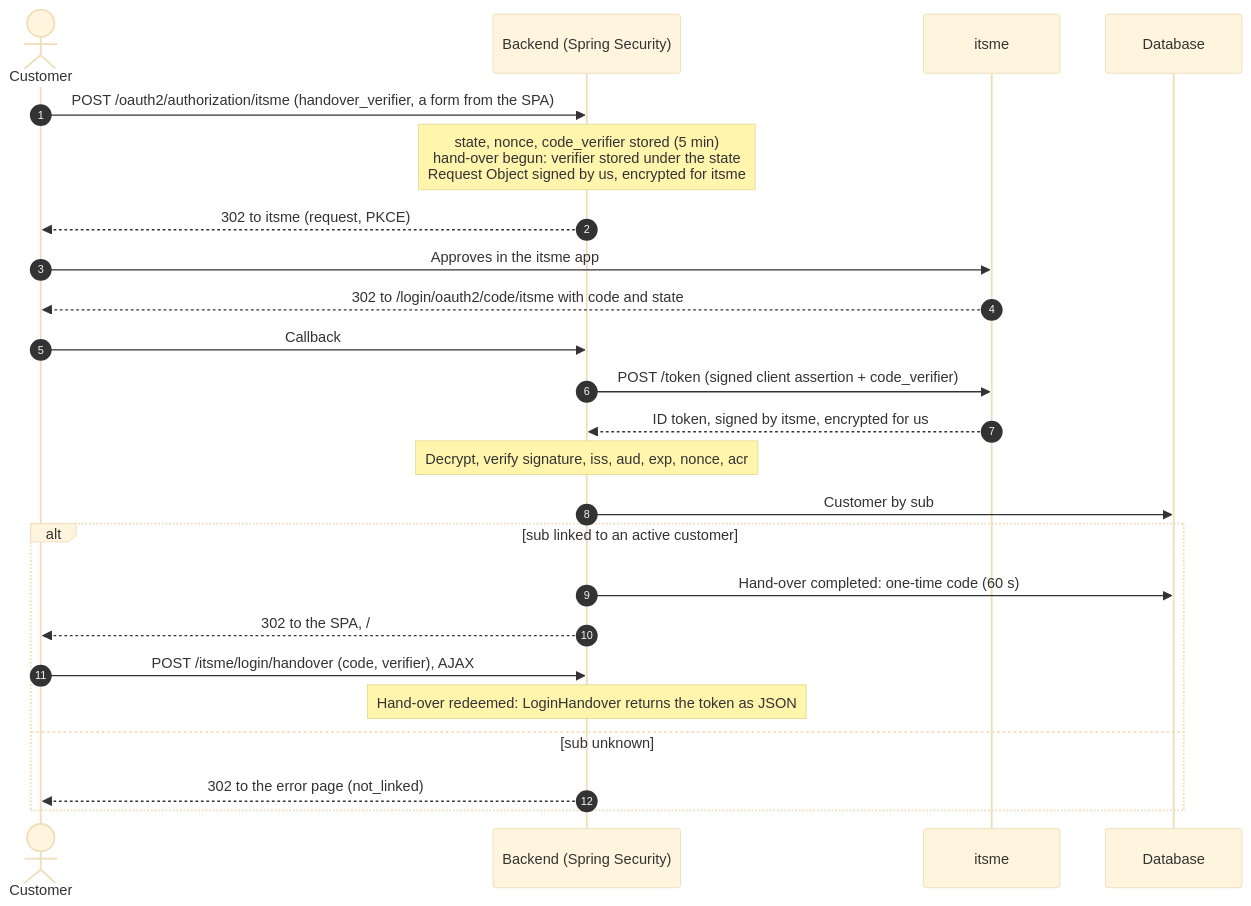
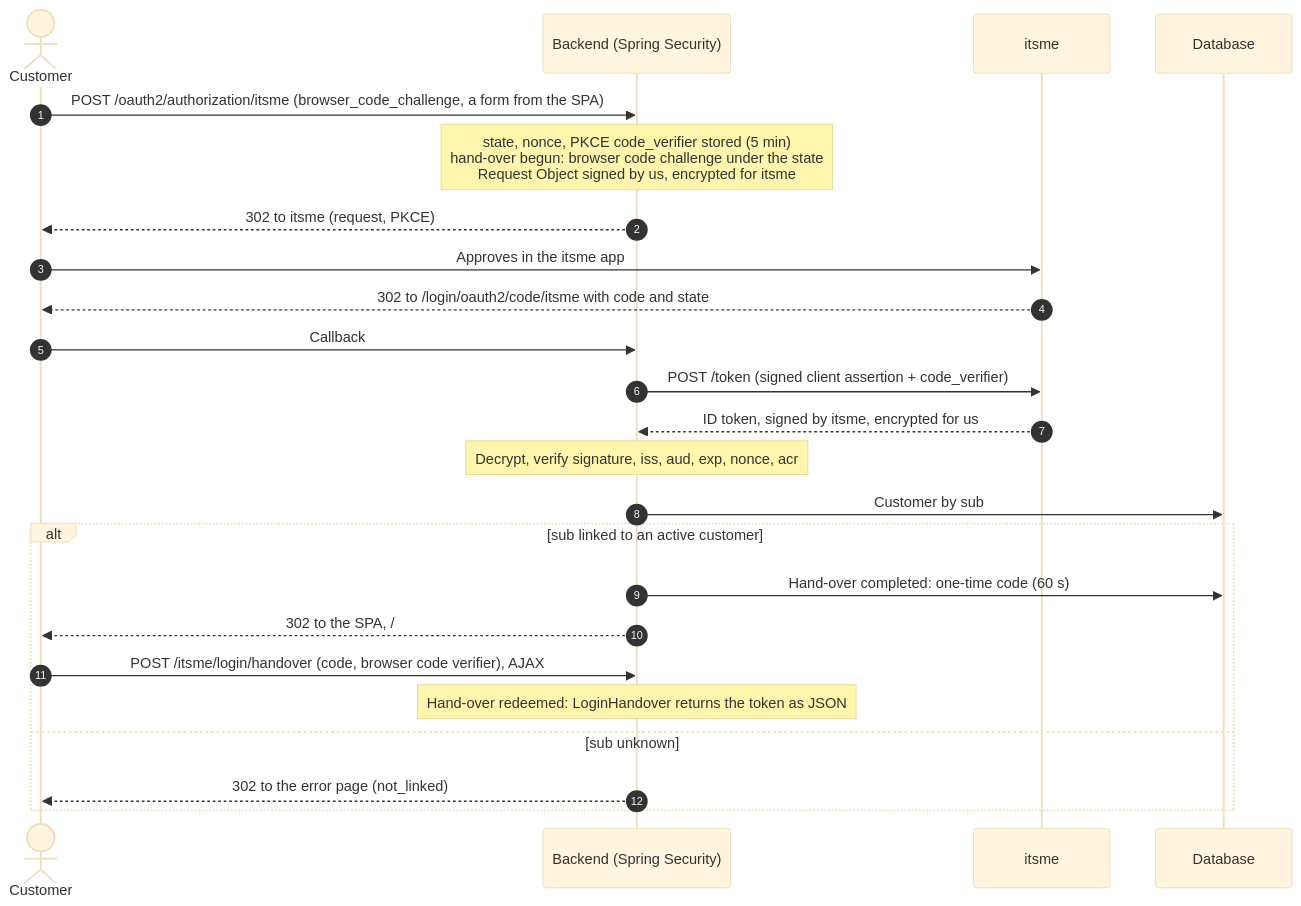
One commit to damienbr/stateless-oidc-login-sample changed the first of 2 diagrams in README.md. Above: the diagram before and after it, drawn with Mermaid (base theme). The commit also changed other lines of this file and 16 other files, not shown here.

First line of the commit message:
Bind the hand-over with a browser code challenge, start the login with a POST

````diff
--- a/README.md
+++ b/README.md
@@ -305,27 +305,27 @@
 ```mermaid
 sequenceDiagram
     autonumber
     actor U as Customer
     participant B as Backend (Spring Security)
     participant I as itsme
     participant D as Database
 
-    U->>B: POST /oauth2/authorization/itsme (handover_verifier, a form from the SPA)
-    Note over B: state, nonce, code_verifier stored (5 min)<br/>hand-over begun: verifier stored under the state<br/>Request Object signed by us, encrypted for itsme
+    U->>B: POST /oauth2/authorization/itsme (browser_code_challenge, a form from the SPA)
+    Note over B: state, nonce, PKCE code_verifier stored (5 min)<br/>hand-over begun: browser code challenge under the state<br/>Request Object signed by us, encrypted for itsme
     B-->>U: 302 to itsme (request, PKCE)
     U->>I: Approves in the itsme app
     I-->>U: 302 to /login/oauth2/code/itsme with code and state
     U->>B: Callback
     B->>I: POST /token (signed client assertion + code_verifier)
     I-->>B: ID token, signed by itsme, encrypted for us
     Note over B: Decrypt, verify signature, iss, aud, exp, nonce, acr
     B->>D: Customer by sub
     alt sub linked to an active customer
         B->>D: Hand-over completed: one-time code (60 s)
         B-->>U: 302 to the SPA, /#handover=code
-        U->>B: POST /itsme/login/handover (code, verifier), AJAX
+        U->>B: POST /itsme/login/handover (code, browser code verifier), AJAX
         Note over B: Hand-over redeemed: LoginHandover returns the token as JSON
     else sub unknown
         B-->>U: 302 to the error page (not_linked)
     end
 ```
````
